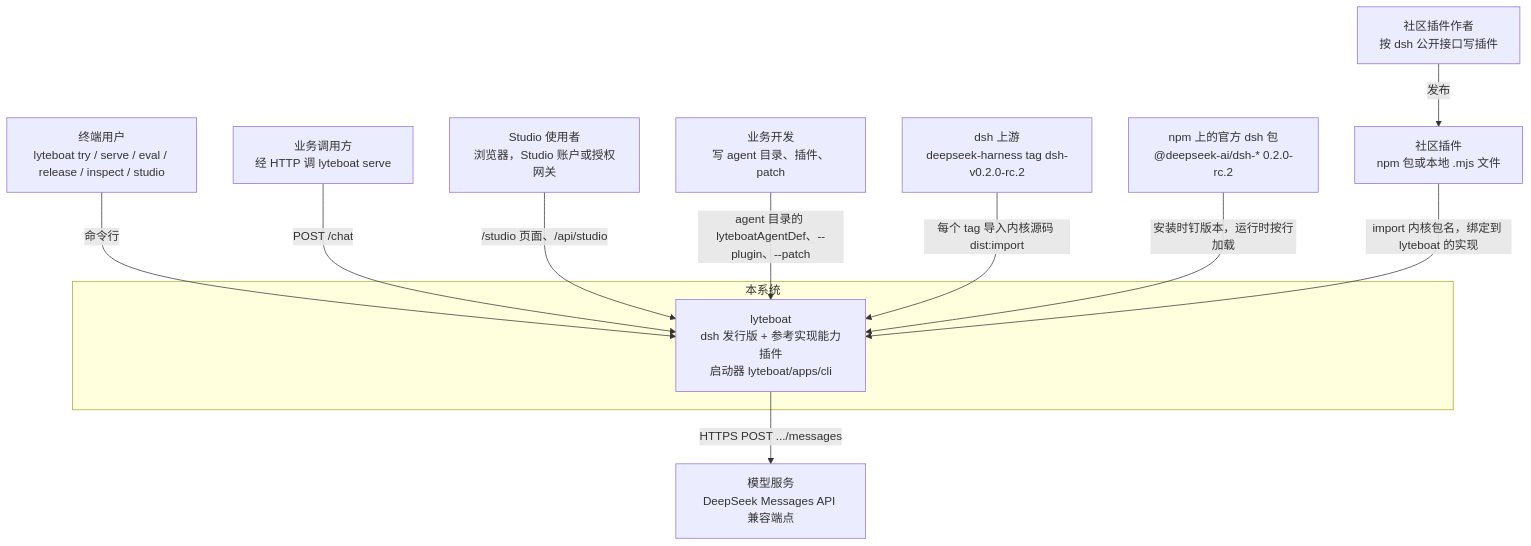
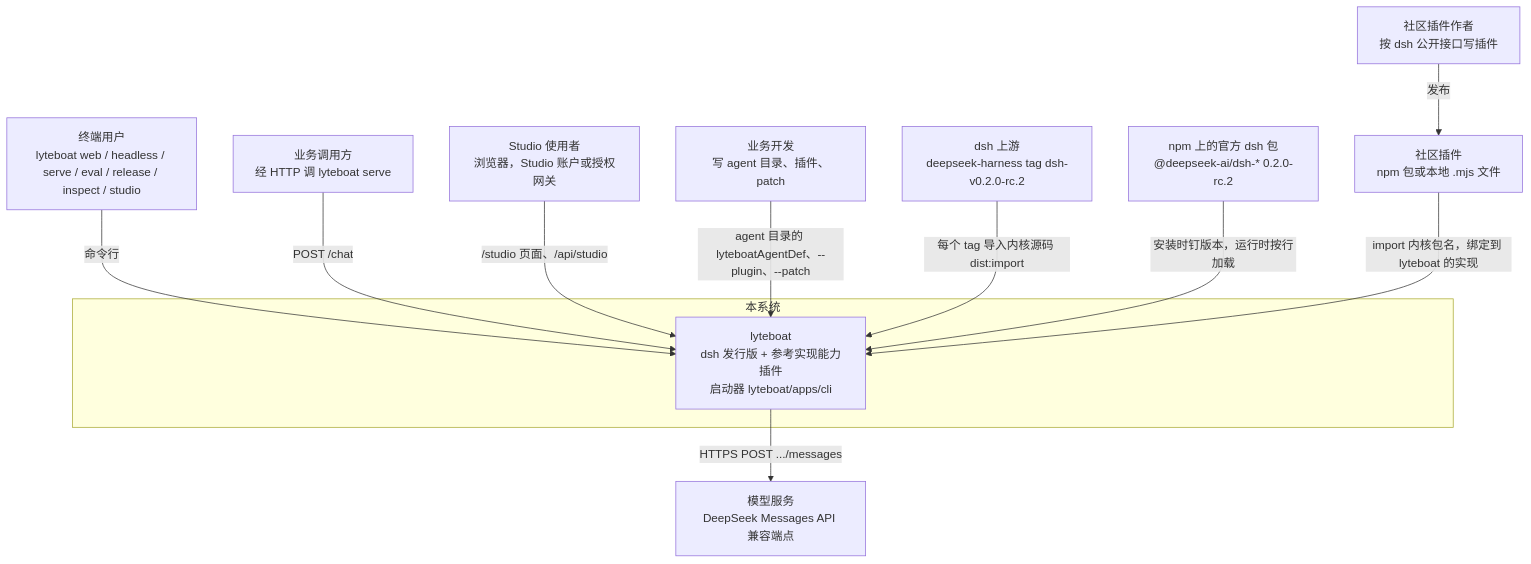
The first of 11 diagrams in docs/01-architecture.md (lyteboat/lyteboat), drawn with Mermaid before and after one commit. The commit also changed other lines of this file and 13 other files, not shown here.

````diff
--- a/docs/01-architecture.md
+++ b/docs/01-architecture.md
@@ -68,24 +68,24 @@
 ```mermaid
 flowchart TB
-  user["终端用户<br/>lyteboat try / serve / eval / release / inspect / studio"]
+  user["终端用户<br/>lyteboat web / headless / serve / eval / release / inspect / studio"]
   caller["业务调用方<br/>经 HTTP 调 lyteboat serve"]
   sviewer["Studio 使用者<br/>浏览器，Studio 账户或授权网关"]
   dev["业务开发<br/>写 agent 目录、插件、patch"]
   author["社区插件作者<br/>按 dsh 公开接口写插件"]
   subgraph SYS["本系统"]
     lyteboat["lyteboat<br/>dsh 发行版 + 参考实现能力插件<br/>启动器 lyteboat/apps/cli"]
   end
   upstream["dsh 上游<br/>deepseek-harness tag dsh-v0.2.0-rc.2"]
   npm["npm 上的官方 dsh 包<br/>@deepseek-ai/dsh-* 0.2.0-rc.2"]
   cplug["社区插件<br/>npm 包或本地 .mjs 文件"]
   model["模型服务<br/>DeepSeek Messages API 兼容端点"]
   user -->|"命令行"| lyteboat
   caller -->|"POST /chat"| lyteboat
   sviewer -->|"/studio 页面、/api/studio"| lyteboat
   dev -->|"agent 目录的 lyteboatAgentDef、--plugin、--patch"| lyteboat
   upstream -->|"每个 tag 导入内核源码 dist:import"| lyteboat
   npm -->|"安装时钉版本，运行时按行加载"| lyteboat
   author -->|"发布"| cplug
   cplug -->|"import 内核包名，绑定到 lyteboat 的实现"| lyteboat
   lyteboat -->|"HTTPS POST .../messages"| model
 ```
````
